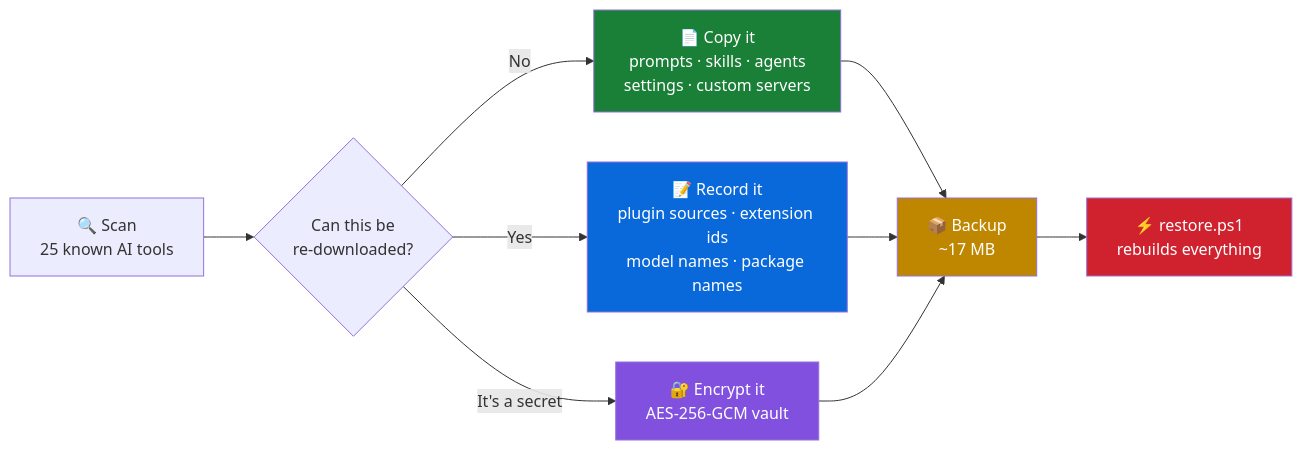
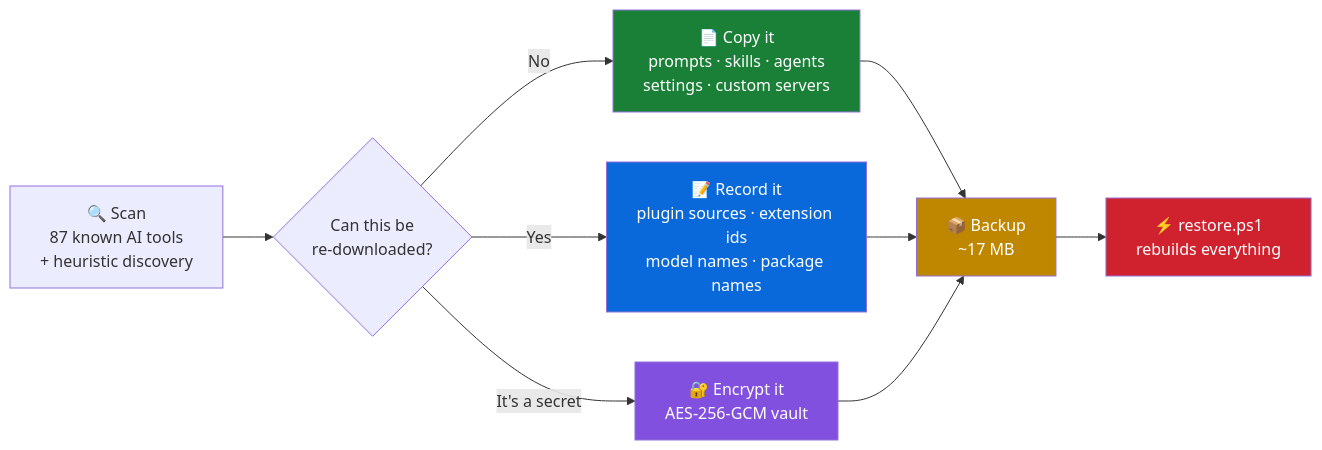
Before and after one commit to srksourabh/windows-ai-backup: the first of 7 diagrams in README.md, drawn with Mermaid. The commit also changed other lines of this file and 28 other files, not shown here.

First line of the commit message:
feat!: data-driven catalog, heuristic discovery, unlimited Premium

````diff
--- a/README.md
+++ b/README.md
@@ -35,17 +36,17 @@
 ```mermaid
 flowchart LR
-    A["🔍 Scan<br/>25 known AI tools"] --> B{Can this be<br/>re-downloaded?}
+    A["🔍 Scan<br/>87 known AI tools<br/>+ heuristic discovery"] --> B{Can this be<br/>re-downloaded?}
     B -->|No| C["📄 Copy it<br/>prompts · skills · agents<br/>settings · custom servers"]
     B -->|Yes| D["📝 Record it<br/>plugin sources · extension ids<br/>model names · package names"]
     B -->|It's a secret| E["🔐 Encrypt it<br/>AES-256-GCM vault"]
     C --> F["📦 Backup<br/>~17 MB"]
     D --> F
     E --> F
     F --> G["⚡ restore.ps1<br/>rebuilds everything"]
 
     style C fill:#1a7f37,color:#fff
     style D fill:#0969da,color:#fff
     style E fill:#8250df,color:#fff
     style F fill:#bf8700,color:#fff
     style G fill:#cf222e,color:#fff
 ```
````
